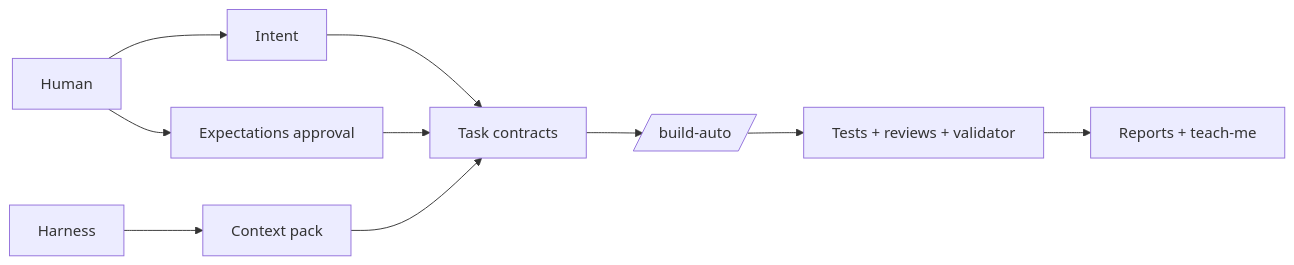
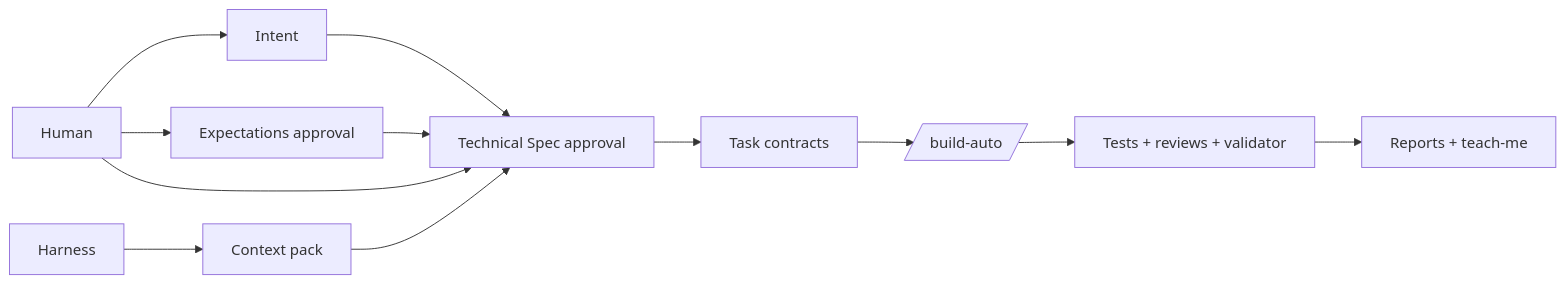
One commit to Faraaz54/agent_harness changed the first of 4 diagrams in docs/operator-manual/README.md. Above: the diagram before and after it, drawn with Mermaid. The commit also changed other lines of this file and 84 other files, not shown here.

Commit message:
added technical spec creation feature using intent, bootstrap, and the project pack context.

````diff
--- a/docs/operator-manual/README.md
+++ b/docs/operator-manual/README.md
@@ -9,12 +9,14 @@
 ```mermaid
 flowchart LR
     H[Human] --> I[Intent]
     H --> E[Expectations approval]
+    H --> TS[Technical Spec approval]
     HC[Harness] --> C[Context pack]
-    I --> T[Task contracts]
-    C --> T
-    E --> T
+    I --> TS
+    C --> TS
+    E --> TS
+    TS --> T[Task contracts]
     T --> B[/build-auto/]
     B --> V[Tests + reviews + validator]
     V --> R[Reports + teach-me]
 ```
````
